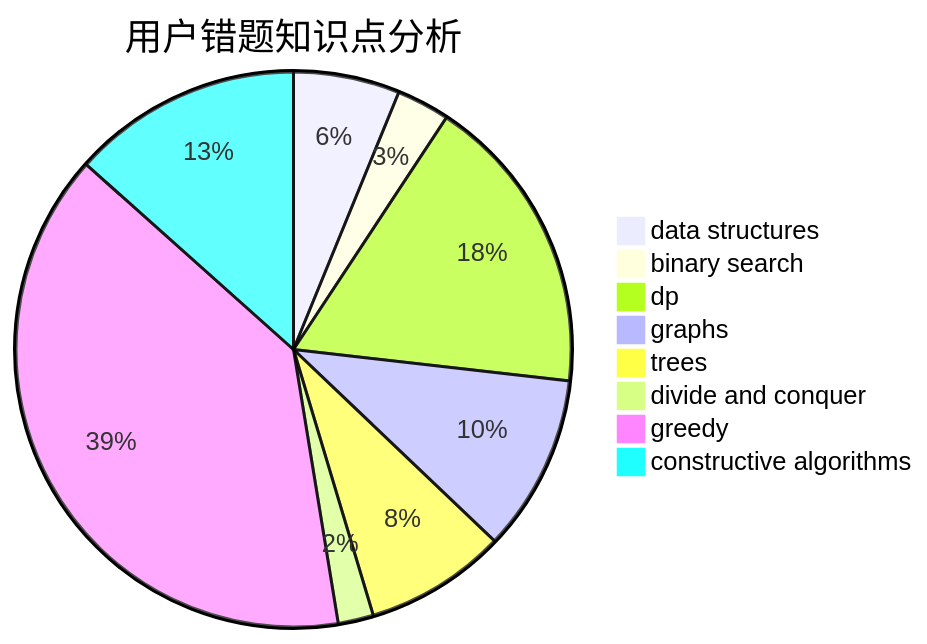
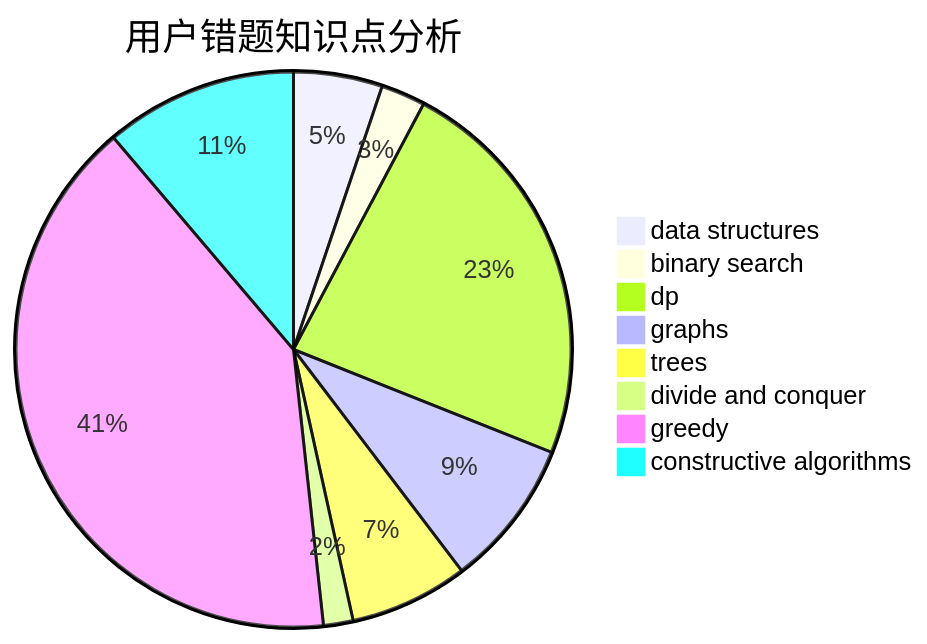
Before and after one commit to sherpahu/cfrs.github.io: the third of 3 diagrams in docs/user/u2561.md, drawn with Mermaid. The commit also changed other lines of this file and 2770 other files, not shown here.

````diff
--- a/docs/user/u2561.md
+++ b/docs/user/u2561.md
@@ -36,11 +36,11 @@
 ```mermaid
 pie title 用户错题知识点分析
     "data structures" :  6
     "binary search" :  3
-    "dp" :  17
+    "dp" :  27
     "graphs" :  10
     "trees" :  8
     "divide and conquer" :  2
-    "greedy" :  38
+    "greedy" :  47
     "constructive algorithms" :  13
 ```
````
